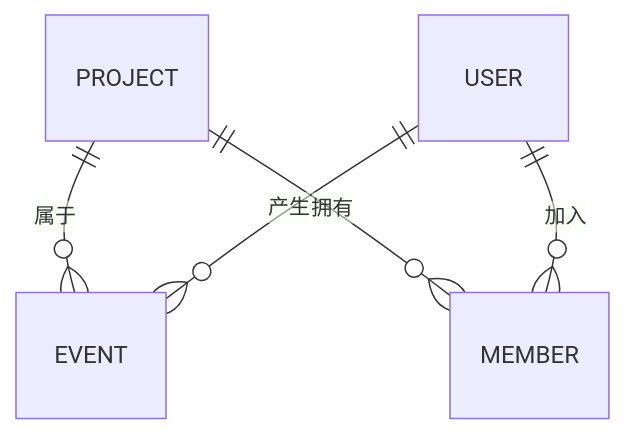
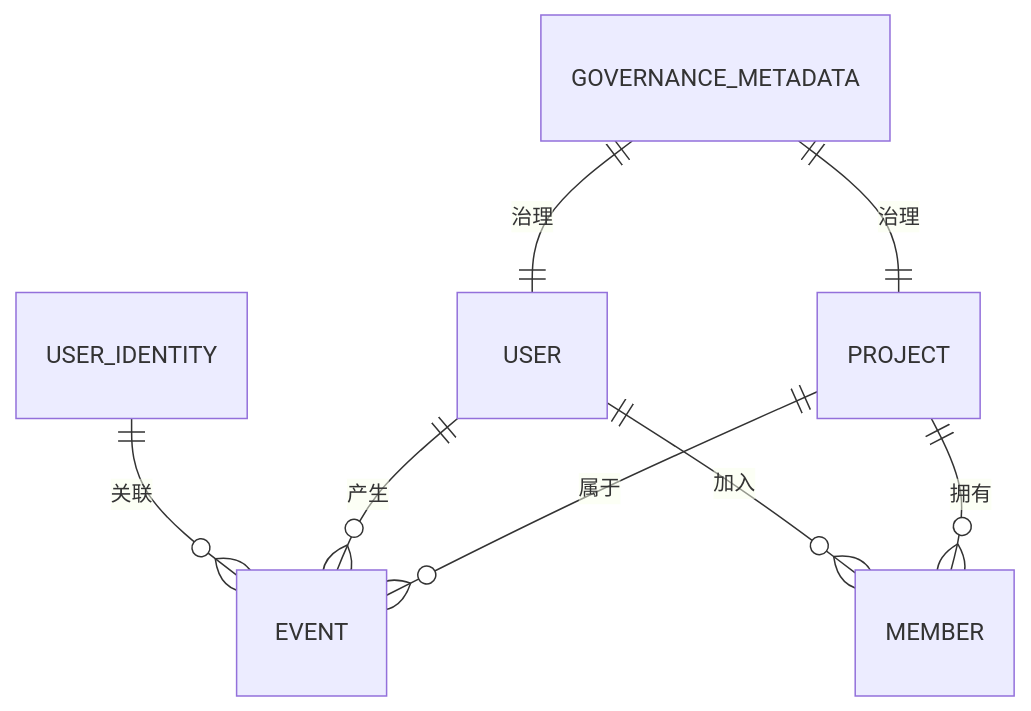
The eighth of 10 diagrams in .qoder/repowiki/zh/content/数据模型设计/数据模型设计.md (zhen-zhong/AeroLog), drawn with Mermaid before and after one commit. The commit also changed other lines of this file and 105 other files, not shown here.

````diff
--- a/.qoder/repowiki/zh/content/数据模型设计/数据模型设计.md
+++ b/.qoder/repowiki/zh/content/数据模型设计/数据模型设计.md
@@ -239,7 +314,10 @@
 ```mermaid
 erDiagram
 PROJECT ||--o{ EVENT : "属于"
 USER ||--o{ EVENT : "产生"
 PROJECT ||--o{ MEMBER : "拥有"
 USER ||--o{ MEMBER : "加入"
+USER_IDENTITY ||--o{ EVENT : "关联"
+GOVERNANCE_METADATA ||--|| PROJECT : "治理"
+GOVERNANCE_METADATA ||--|| USER : "治理"
 ```
````
